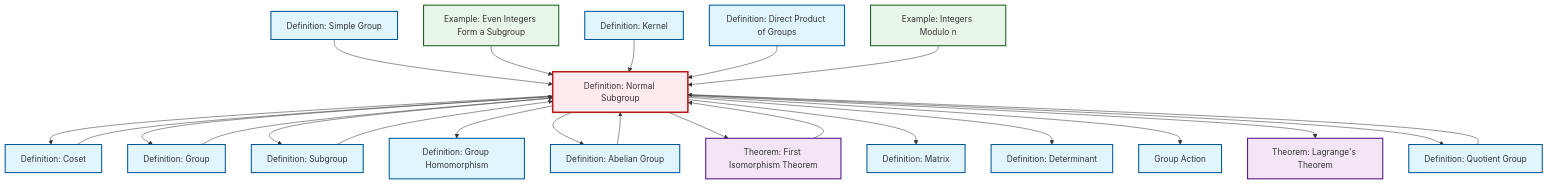
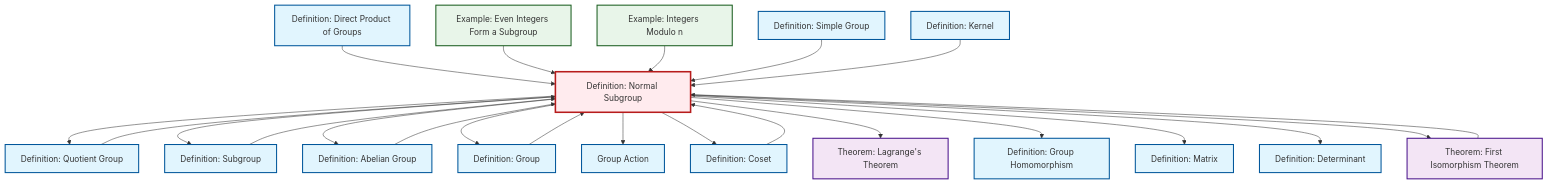
The diagram in content/ja/algebra/def-normal-subgroup.qmd (RK0429/ModernMath), drawn with Mermaid before and after one commit. The commit also changed other lines of this file and 597 other files, not shown here.

````diff
--- a/content/ja/algebra/def-normal-subgroup.qmd
+++ b/content/ja/algebra/def-normal-subgroup.qmd
@@ -97,65 +97,65 @@
 ```{mermaid}
 %%| fig-cap: "Local dependency graph"
 graph TD
     classDef definition fill:#e1f5fe,stroke:#01579b,stroke-width:2px
     classDef theorem fill:#f3e5f5,stroke:#4a148c,stroke-width:2px
     classDef axiom fill:#fff3e0,stroke:#e65100,stroke-width:2px
     classDef example fill:#e8f5e9,stroke:#1b5e20,stroke-width:2px
     classDef current fill:#ffebee,stroke:#b71c1c,stroke-width:3px
+    thm-lagrange["Theorem: Lagrange's Theorem"]:::theorem
+    ex-even-integers-subgroup["Example: Even Integers Form a Subgroup"]:::example
+    def-group-action["Group Action"]:::definition
     def-simple-group["Definition: Simple Group"]:::definition
+    ex-quotient-integers-mod-n["Example: Integers Modulo n"]:::example
+    def-homomorphism["Definition: Group Homomorphism"]:::definition
+    def-direct-product["Definition: Direct Product of Groups"]:::definition
     def-matrix["Definition: Matrix"]:::definition
-    def-subgroup["Definition: Subgroup"]:::definition
-    ex-quotient-integers-mod-n["Example: Integers Modulo n"]:::example
-    def-determinant["Definition: Determinant"]:::definition
-    def-group-action["Group Action"]:::definition
-    def-quotient-group["Definition: Quotient Group"]:::definition
-    thm-lagrange["Theorem: Lagrange's Theorem"]:::theorem
-    def-abelian-group["Definition: Abelian Group"]:::definition
     def-coset["Definition: Coset"]:::definition
     def-kernel["Definition: Kernel"]:::definition
+    def-determinant["Definition: Determinant"]:::definition
+    def-normal-subgroup["Definition: Normal Subgroup"]:::definition
+    def-abelian-group["Definition: Abelian Group"]:::definition
+    def-quotient-group["Definition: Quotient Group"]:::definition
+    thm-first-isomorphism["Theorem: First Isomorphism Theorem"]:::theorem
     def-group["Definition: Group"]:::definition
-    thm-first-isomorphism["Theorem: First Isomorphism Theorem"]:::theorem
-    def-homomorphism["Definition: Group Homomorphism"]:::definition
-    ex-even-integers-subgroup["Example: Even Integers Form a Subgroup"]:::example
-    def-normal-subgroup["Definition: Normal Subgroup"]:::definition
-    def-direct-product["Definition: Direct Product of Groups"]:::definition
+    def-subgroup["Definition: Subgroup"]:::definition
+    def-coset --> def-normal-subgroup
+    def-direct-product --> def-normal-subgroup
+    def-normal-subgroup --> def-quotient-group
+    ex-even-integers-subgroup --> def-normal-subgroup
+    def-normal-subgroup --> def-subgroup
+    def-normal-subgroup --> def-abelian-group
+    ex-quotient-integers-mod-n --> def-normal-subgroup
+    def-normal-subgroup --> def-group
+    thm-first-isomorphism --> def-normal-subgroup
+    def-normal-subgroup --> def-group-action
     def-normal-subgroup --> def-coset
-    def-normal-subgroup --> def-group
-    def-normal-subgroup --> def-subgroup
+    def-normal-subgroup --> thm-lagrange
+    def-normal-subgroup --> def-homomorphism
+    def-normal-subgroup --> def-matrix
+    def-normal-subgroup --> def-determinant
     def-simple-group --> def-normal-subgroup
-    def-normal-subgroup --> def-homomorphism
-    ex-even-integers-subgroup --> def-normal-subgroup
     def-kernel --> def-normal-subgroup
     def-quotient-group --> def-normal-subgroup
+    def-normal-subgroup --> thm-first-isomorphism
     def-subgroup --> def-normal-subgroup
-    def-normal-subgroup --> def-abelian-group
-    def-coset --> def-normal-subgroup
-    def-normal-subgroup --> thm-first-isomorphism
-    def-direct-product --> def-normal-subgroup
-    thm-first-isomorphism --> def-normal-subgroup
     def-group --> def-normal-subgroup
-    def-normal-subgroup --> def-matrix
-    def-normal-subgroup --> def-determinant
-    def-normal-subgroup --> def-group-action
-    def-normal-subgroup --> thm-lagrange
     def-abelian-group --> def-normal-subgroup
-    ex-quotient-integers-mod-n --> def-normal-subgroup
-    def-normal-subgroup --> def-quotient-group
     class def-normal-subgroup current
+    click thm-lagrange "thm-lagrange.html" "Theorem: Lagrange's Theoremへ"
+    click ex-even-integers-subgroup "ex-even-integers-subgroup.html" "Example: Even Integers Form a Subgroupへ"
+    click def-group-action "def-group-action.html" "Group Actionへ"
     click def-simple-group "def-simple-group.html" "Definition: Simple Groupへ"
+    click ex-quotient-integers-mod-n "ex-quotient-integers-mod-n.html" "Example: Integers Modulo nへ"
+    click def-homomorphism "def-homomorphism.html" "Definition: Group Homomorphismへ"
+    click def-direct-product "def-direct-product.html" "Definition: Direct Product of Groupsへ"
     click def-matrix "def-matrix.html" "Definition: Matrixへ"
-    click def-subgroup "def-subgroup.html" "Definition: Subgroupへ"
-    click ex-quotient-integers-mod-n "ex-quotient-integers-mod-n.html" "Example: Integers Modulo nへ"
-    click def-determinant "def-determinant.html" "Definition: Determinantへ"
-    click def-group-action "def-group-action.html" "Group Actionへ"
-    click def-quotient-group "def-quotient-group.html" "Definition: Quotient Groupへ"
-    click thm-lagrange "thm-lagrange.html" "Theorem: Lagrange's Theoremへ"
-    click def-abelian-group "def-abelian-group.html" "Definition: Abelian Groupへ"
     click def-coset "def-coset.html" "Definition: Cosetへ"
     click def-kernel "def-kernel.html" "Definition: Kernelへ"
+    click def-determinant "def-determinant.html" "Definition: Determinantへ"
+    click def-abelian-group "def-abelian-group.html" "Definition: Abelian Groupへ"
+    click def-quotient-group "def-quotient-group.html" "Definition: Quotient Groupへ"
+    click thm-first-isomorphism "thm-first-isomorphism.html" "Theorem: First Isomorphism Theoremへ"
     click def-group "def-group.html" "Definition: Groupへ"
-    click thm-first-isomorphism "thm-first-isomorphism.html" "Theorem: First Isomorphism Theoremへ"
-    click def-homomorphism "def-homomorphism.html" "Definition: Group Homomorphismへ"
-    click ex-even-integers-subgroup "ex-even-integers-subgroup.html" "Example: Even Integers Form a Subgroupへ"
-    click def-direct-product "def-direct-product.html" "Definition: Direct Product of Groupsへ"
+    click def-subgroup "def-subgroup.html" "Definition: Subgroupへ"
 ```
````
